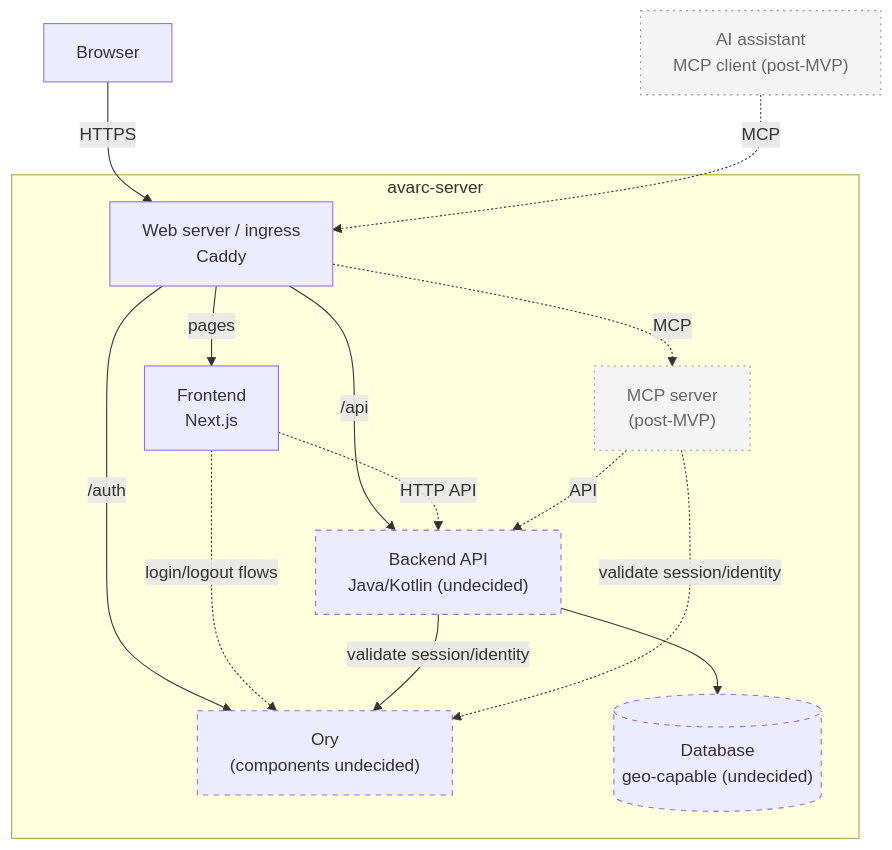
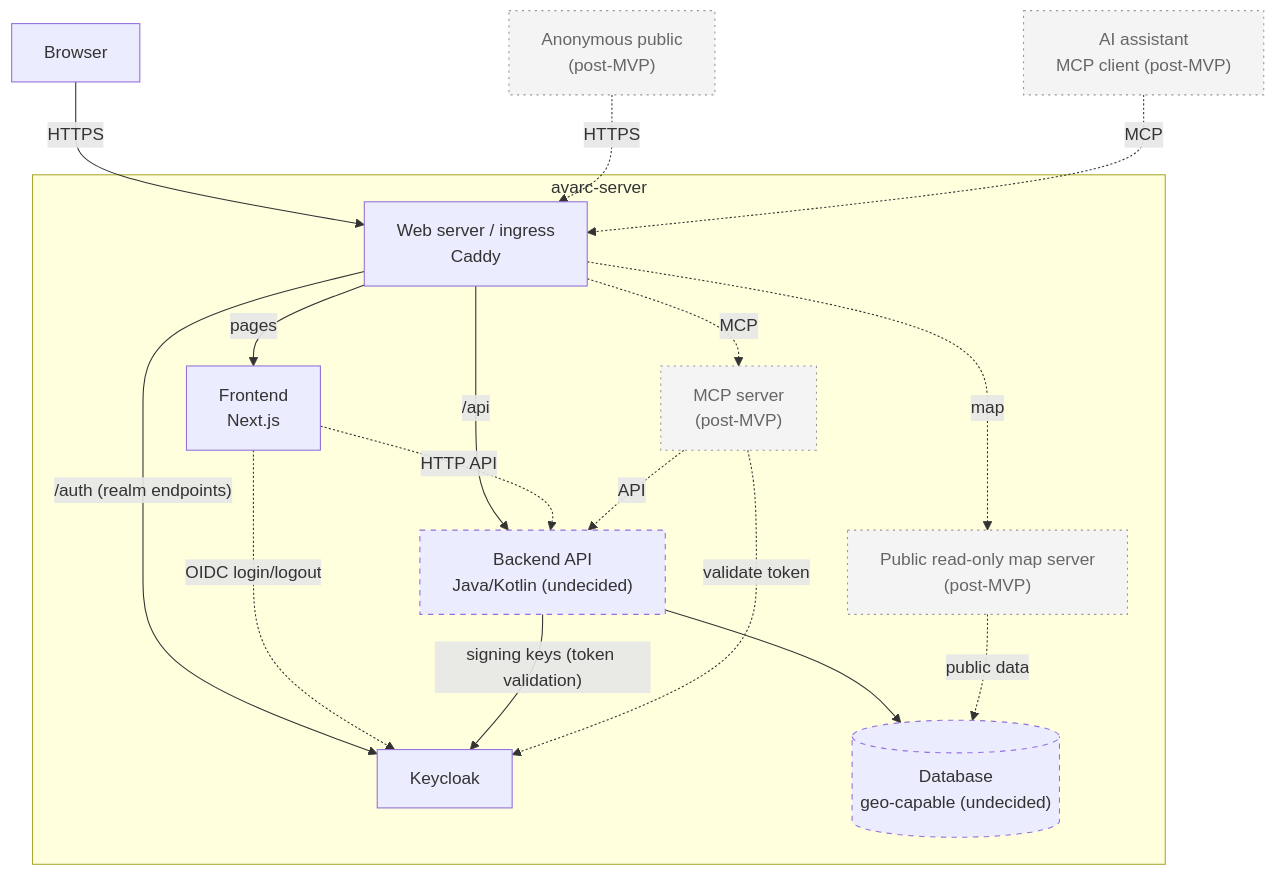
One commit to avarcorg/avarc-server changed the diagram in spec/architecture-diagram.md. Above: the diagram before and after it, drawn with Mermaid. The commit also changed other lines of this file and 6 other files, not shown here.

First line of the commit message:
AVARC-19: specify Keycloak as the identity provider, replacing Ory

````diff
--- a/spec/architecture-diagram.md
+++ b/spec/architecture-diagram.md
@@ -11,33 +11,38 @@
 ```mermaid
 flowchart TB
     Browser[Browser]
     AIClient["AI assistant<br/>MCP client (post-MVP)"]
 
     subgraph Server["avarc-server"]
         Ingress["Web server / ingress<br/>Caddy"]
         Frontend["Frontend<br/>Next.js"]
         Backend["Backend API<br/>Java/Kotlin (undecided)"]
-        Ory["Ory<br/>(components undecided)"]
+        Keycloak["Keycloak"]
+        MapServer["Public read-only map server<br/>(post-MVP)"]
         MCP["MCP server<br/>(post-MVP)"]
         DB[("Database<br/>geo-capable (undecided)")]
     end
 
     Browser -- "HTTPS" --> Ingress
     Ingress -- "pages" --> Frontend
     Ingress -- "/api" --> Backend
-    Ingress -- "/auth" --> Ory
+    Ingress -- "/auth (realm endpoints)" --> Keycloak
     Frontend -. "HTTP API" .-> Backend
-    Frontend -. "login/logout flows" .-> Ory
-    Backend -- "validate session/identity" --> Ory
+    Frontend -. "OIDC login/logout" .-> Keycloak
+    Backend -- "signing keys (token validation)" --> Keycloak
     Backend --> DB
+    Anonymous["Anonymous public<br/>(post-MVP)"]
+    Anonymous -. "HTTPS" .-> Ingress
+    Ingress -. "map" .-> MapServer
+    MapServer -. "public data" .-> DB
     AIClient -. "MCP" .-> Ingress
     Ingress -. "MCP" .-> MCP
     MCP -. "API" .-> Backend
-    MCP -. "validate session/identity" .-> Ory
+    MCP -. "validate token" .-> Keycloak
 
     classDef undecided stroke-dasharray: 5 5;
-    class Backend,Ory,DB undecided;
+    class Backend,DB undecided;
 
     classDef postmvp stroke-dasharray: 2 4,fill:#f4f4f4,stroke:#999,color:#666;
-    class AIClient,MCP postmvp;
+    class AIClient,MCP,MapServer,Anonymous postmvp;
 ```
````
